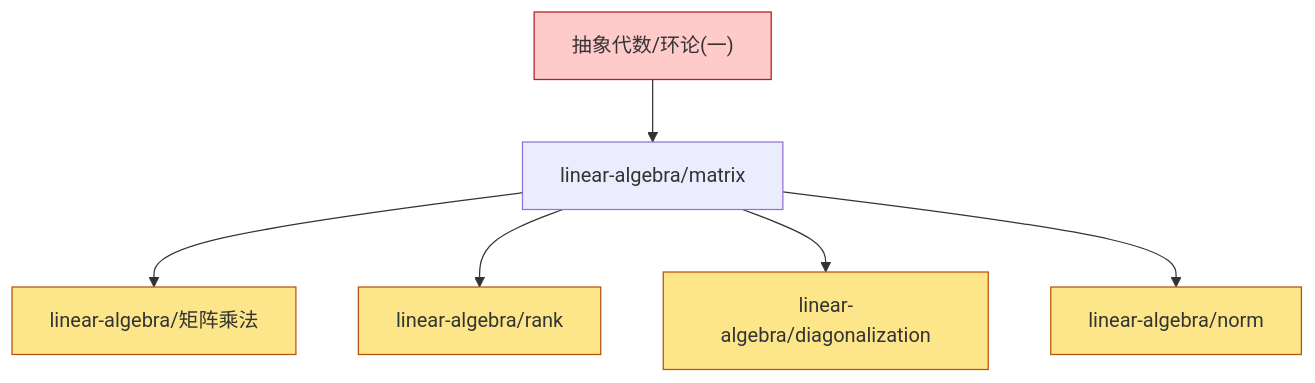
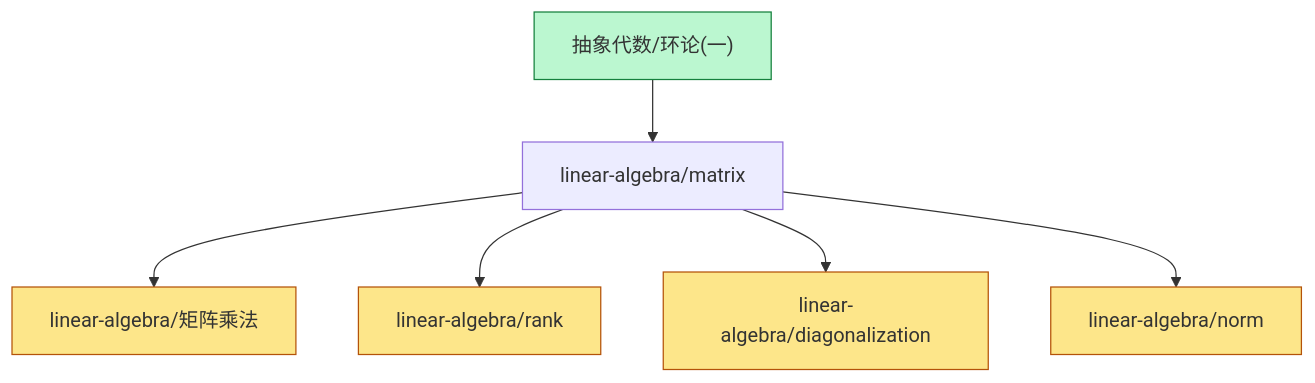
Before and after one commit to zeroDtree/zeroDtree.github.io: the diagram in content/linear-algebra/dependency_graph.md, drawn with Mermaid. The commit also changed 22 other files, not shown here.

````diff
--- a/content/linear-algebra/dependency_graph.md
+++ b/content/linear-algebra/dependency_graph.md
@@ -1,14 +1,12 @@
 ```mermaid
 graph TD
 1["linear-algebra/matrix"] --> 0["linear-algebra/矩阵乘法"]
 1["linear-algebra/matrix"] --> 2["linear-algebra/rank"]
-4["抽象代数/环论(一)"] --> 1["linear-algebra/matrix"]
-1["linear-algebra/matrix"] --> 5["linear-algebra/diagonalization"]
-1["linear-algebra/matrix"] --> 6["linear-algebra/norm"]
+3["抽象代数/环论(一)"] --> 1["linear-algebra/matrix"]
+1["linear-algebra/matrix"] --> 4["linear-algebra/diagonalization"]
+1["linear-algebra/matrix"] --> 5["linear-algebra/norm"]
 classDef leaf fill:#fde68a,stroke:#b45309
-class 0,2,5,6 leaf
-classDef root fill:#bfdbfe,stroke:#1d4ed8
-class 3 root
-classDef externalRoot fill:#fecaca,stroke:#b91c1c
-class 4 externalRoot
+class 0,2,4,5 leaf
+classDef foundationRoot fill:#bbf7d0,stroke:#15803d
+class 3 foundationRoot
 ```
````
